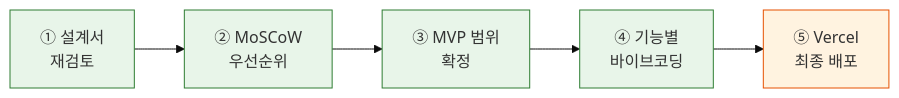
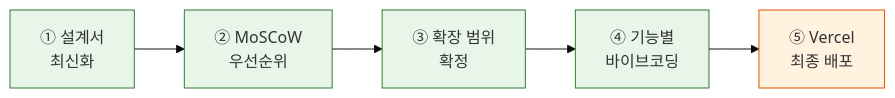
The diagram in docs/ch13A.md (LeeSeogMin/web), drawn with Mermaid (base theme) before and after one commit. The commit also changed other lines of this file and 123 other files, not shown here.

````diff
--- a/docs/ch13A.md
+++ b/docs/ch13A.md
@@ -47,13 +48,13 @@
 ```mermaid
 graph LR
-  A["① 설계서<br/>재검토"] --> B["② MoSCoW<br/>우선순위"]
-  B --> C["③ MVP 범위<br/>확정"]
+  A["① 설계서<br/>최신화"] --> B["② MoSCoW<br/>우선순위"]
+  B --> C["③ 확장 범위<br/>확정"]
   C --> D["④ 기능별<br/>바이브코딩"]
   D --> E["⑤ Vercel<br/>최종 배포"]
 
   style A fill:#E8F5E9,stroke:#2E7D32
   style B fill:#E8F5E9,stroke:#2E7D32
   style C fill:#E8F5E9,stroke:#2E7D32
   style D fill:#E8F5E9,stroke:#2E7D32
   style E fill:#FFF3E0,stroke:#E65100
 ```
````
